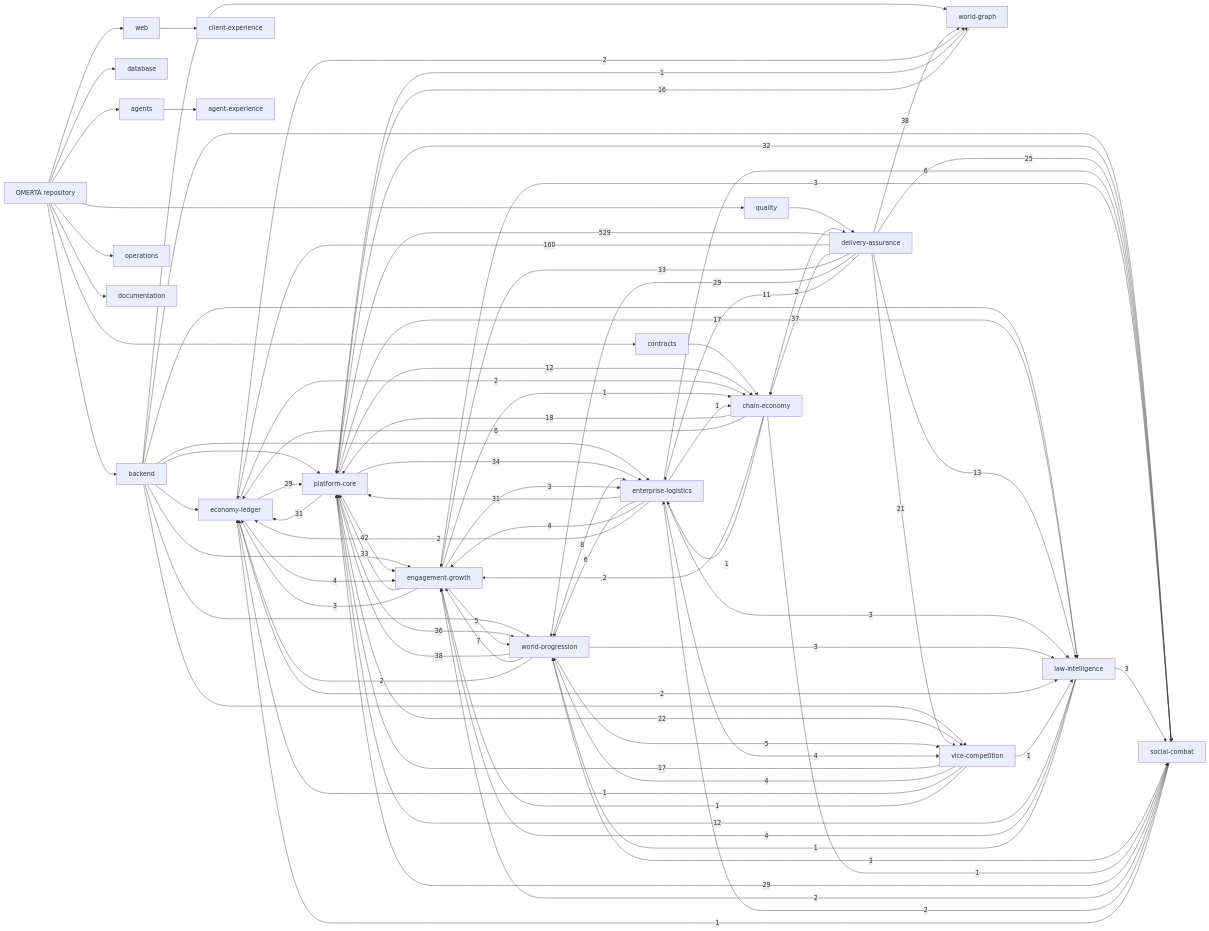
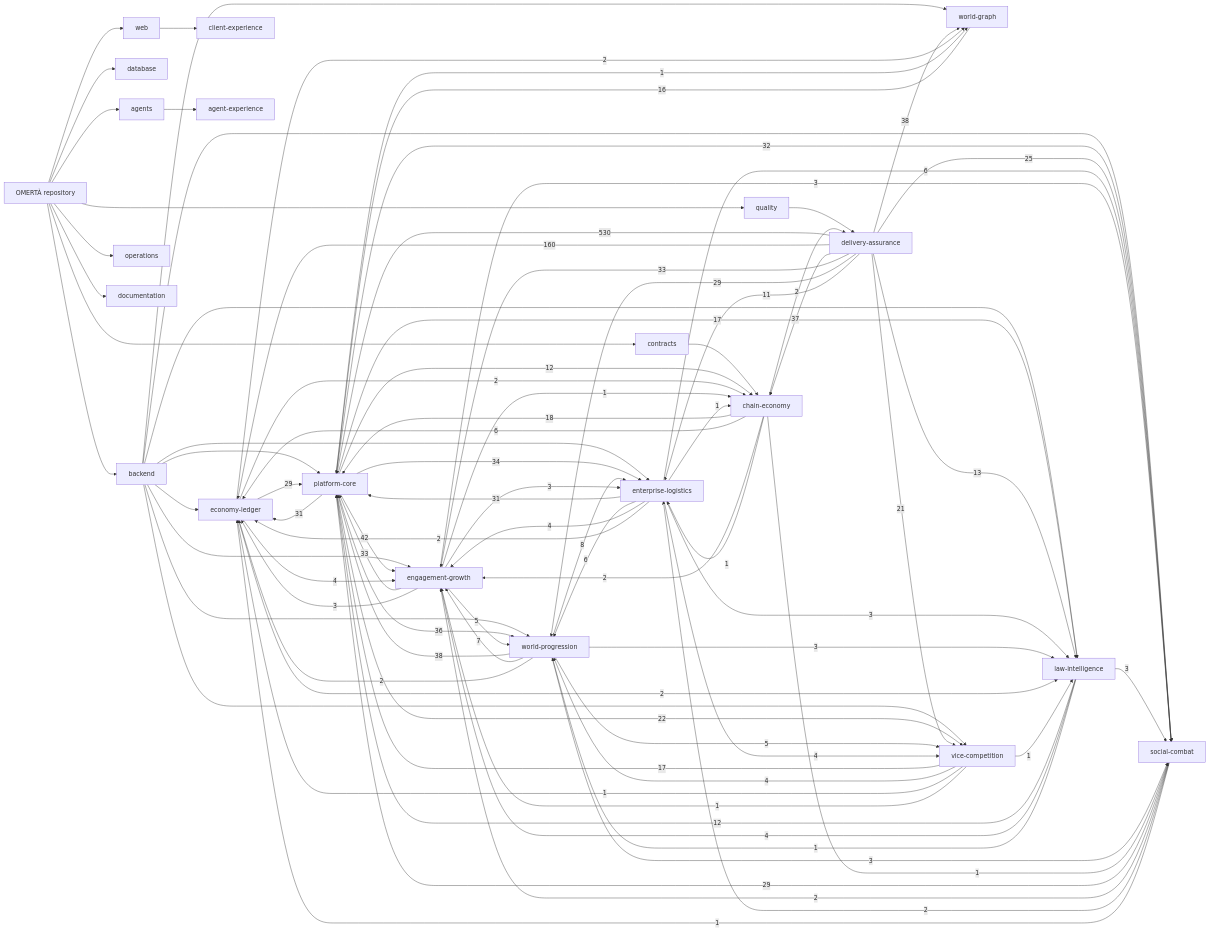
Before and after one commit to OmertaDev/Omerta: the diagram in knowledge/generated/graph.mmd, drawn with Mermaid. The commit also changed 23 other files, not shown here.

```diff
--- a/knowledge/generated/graph.mmd
+++ b/knowledge/generated/graph.mmd
@@ -1,109 +1,109 @@
 flowchart LR
   repo["OMERTÀ repository"]
   sub_backend["backend"]
   repo --> sub_backend
   sub_database["database"]
   repo --> sub_database
   sub_web["web"]
   repo --> sub_web
   sub_contracts["contracts"]
   repo --> sub_contracts
   sub_agents["agents"]
   repo --> sub_agents
   sub_quality["quality"]
   repo --> sub_quality
   sub_operations["operations"]
   repo --> sub_operations
   sub_documentation["documentation"]
   repo --> sub_documentation
   dom_platform-core["platform-core"]
   dom_economy-ledger["economy-ledger"]
   dom_social-combat["social-combat"]
   dom_world-progression["world-progression"]
   dom_world-graph["world-graph"]
   dom_enterprise-logistics["enterprise-logistics"]
   dom_vice-competition["vice-competition"]
   dom_law-intelligence["law-intelligence"]
   dom_chain-economy["chain-economy"]
   dom_engagement-growth["engagement-growth"]
   dom_client-experience["client-experience"]
   dom_agent-experience["agent-experience"]
   dom_delivery-assurance["delivery-assurance"]
   sub_agents --> dom_agent-experience
   sub_backend --> dom_economy-ledger
   sub_backend --> dom_engagement-growth
   sub_backend --> dom_enterprise-logistics
   sub_backend --> dom_law-intelligence
   sub_backend --> dom_platform-core
   sub_backend --> dom_social-combat
   sub_backend --> dom_vice-competition
   sub_backend --> dom_world-graph
   sub_backend --> dom_world-progression
   sub_contracts --> dom_chain-economy
   sub_quality --> dom_delivery-assurance
   sub_web --> dom_client-experience
-  dom_delivery-assurance -->|529| dom_platform-core
+  dom_delivery-assurance -->|530| dom_platform-core
   dom_delivery-assurance -->|160| dom_economy-ledger
   dom_platform-core -->|42| dom_engagement-growth
   dom_delivery-assurance -->|38| dom_world-graph
   dom_world-progression -->|38| dom_platform-core
   dom_delivery-assurance -->|37| dom_chain-economy
   dom_platform-core -->|36| dom_world-progression
   dom_platform-core -->|34| dom_enterprise-logistics
   dom_delivery-assurance -->|33| dom_engagement-growth
   dom_engagement-growth -->|33| dom_platform-core
   dom_platform-core -->|32| dom_social-combat
   dom_enterprise-logistics -->|31| dom_platform-core
   dom_platform-core -->|31| dom_economy-ledger
   dom_delivery-assurance -->|29| dom_world-progression
   dom_economy-ledger -->|29| dom_platform-core
   dom_social-combat -->|29| dom_platform-core
   dom_delivery-assurance -->|25| dom_social-combat
   dom_platform-core -->|22| dom_vice-competition
   dom_delivery-assurance -->|21| dom_vice-competition
   dom_chain-economy -->|18| dom_platform-core
   dom_platform-core -->|17| dom_law-intelligence
   dom_vice-competition -->|17| dom_platform-core
   dom_world-graph -->|16| dom_platform-core
   dom_delivery-assurance -->|13| dom_law-intelligence
   dom_law-intelligence -->|12| dom_platform-core
   dom_platform-core -->|12| dom_chain-economy
   dom_delivery-assurance -->|11| dom_enterprise-logistics
   dom_world-progression -->|8| dom_enterprise-logistics
   dom_world-progression -->|7| dom_engagement-growth
   dom_chain-economy -->|6| dom_economy-ledger
   dom_enterprise-logistics -->|6| dom_social-combat
   dom_enterprise-logistics -->|6| dom_world-progression
   dom_engagement-growth -->|5| dom_world-progression
   dom_world-progression -->|5| dom_vice-competition
   dom_economy-ledger -->|4| dom_engagement-growth
   dom_enterprise-logistics -->|4| dom_engagement-growth
   dom_enterprise-logistics -->|4| dom_vice-competition
   dom_law-intelligence -->|4| dom_engagement-growth
   dom_vice-competition -->|4| dom_world-progression
   dom_engagement-growth -->|3| dom_economy-ledger
   dom_engagement-growth -->|3| dom_enterprise-logistics
   dom_engagement-growth -->|3| dom_social-combat
   dom_enterprise-logistics -->|3| dom_law-intelligence
   dom_law-intelligence -->|3| dom_social-combat
   dom_world-progression -->|3| dom_law-intelligence
   dom_world-progression -->|3| dom_social-combat
   dom_chain-economy -->|2| dom_delivery-assurance
   dom_chain-economy -->|2| dom_engagement-growth
   dom_economy-ledger -->|2| dom_chain-economy
   dom_economy-ledger -->|2| dom_law-intelligence
   dom_economy-ledger -->|2| dom_world-graph
   dom_enterprise-logistics -->|2| dom_economy-ledger
   dom_social-combat -->|2| dom_engagement-growth
   dom_social-combat -->|2| dom_enterprise-logistics
   dom_world-progression -->|2| dom_economy-ledger
   dom_chain-economy -->|1| dom_enterprise-logistics
   dom_chain-economy -->|1| dom_social-combat
   dom_engagement-growth -->|1| dom_chain-economy
   dom_enterprise-logistics -->|1| dom_chain-economy
   dom_law-intelligence -->|1| dom_world-progression
   dom_platform-core -->|1| dom_world-graph
   dom_social-combat -->|1| dom_economy-ledger
   dom_vice-competition -->|1| dom_economy-ledger
   dom_vice-competition -->|1| dom_engagement-growth
   dom_vice-competition -->|1| dom_law-intelligence
```
